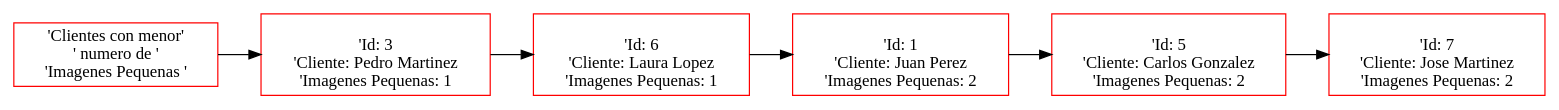
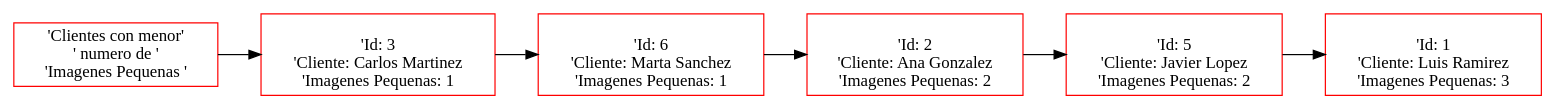
The diagram in Proyecto1/Proyecto1_202200089/Pruebas/PJ/Min.dot (FranklinONP/EDD_PROYECTO_202200089), drawn with Graphviz before and after one commit. The commit also changed 26 other files, not shown here.

```diff
--- a/Proyecto1/Proyecto1_202200089/Pruebas/PJ/Min.dot
+++ b/Proyecto1/Proyecto1_202200089/Pruebas/PJ/Min.dot
@@ -1,14 +1,14 @@
  digraph G {
  rankdir=LR;
  node0 [label=" 'Clientes con menor'\n' numero de '\n'Imagenes Pequenas '",  color="red", shape="rectangle"];
- node1 [label=" \n'Id: 3\n'Cliente: Pedro Martinez\n'Imagenes Pequenas: 1", color="red", shape="rectangle"];
+ node1 [label=" \n'Id: 3\n'Cliente: Carlos Martinez\n'Imagenes Pequenas: 1", color="red", shape="rectangle"];
  node0 -> node1 [dir="forward"];
- node2 [label=" \n'Id: 6\n'Cliente: Laura Lopez\n'Imagenes Pequenas: 1", color="red", shape="rectangle"];
+ node2 [label=" \n'Id: 6\n'Cliente: Marta Sanchez\n'Imagenes Pequenas: 1", color="red", shape="rectangle"];
  node1 -> node2 [dir="forward"];
- node3 [label=" \n'Id: 1\n'Cliente: Juan Perez\n'Imagenes Pequenas: 2", color="red", shape="rectangle"];
+ node3 [label=" \n'Id: 2\n'Cliente: Ana Gonzalez\n'Imagenes Pequenas: 2", color="red", shape="rectangle"];
  node2 -> node3 [dir="forward"];
- node4 [label=" \n'Id: 5\n'Cliente: Carlos Gonzalez\n'Imagenes Pequenas: 2", color="red", shape="rectangle"];
+ node4 [label=" \n'Id: 5\n'Cliente: Javier Lopez\n'Imagenes Pequenas: 2", color="red", shape="rectangle"];
  node3 -> node4 [dir="forward"];
- node5 [label=" \n'Id: 7\n'Cliente: Jose Martinez\n'Imagenes Pequenas: 2", color="red", shape="rectangle"];
+ node5 [label=" \n'Id: 1\n'Cliente: Luis Ramirez\n'Imagenes Pequenas: 3", color="red", shape="rectangle"];
  node4 -> node5 [dir="forward"];
  }
```
